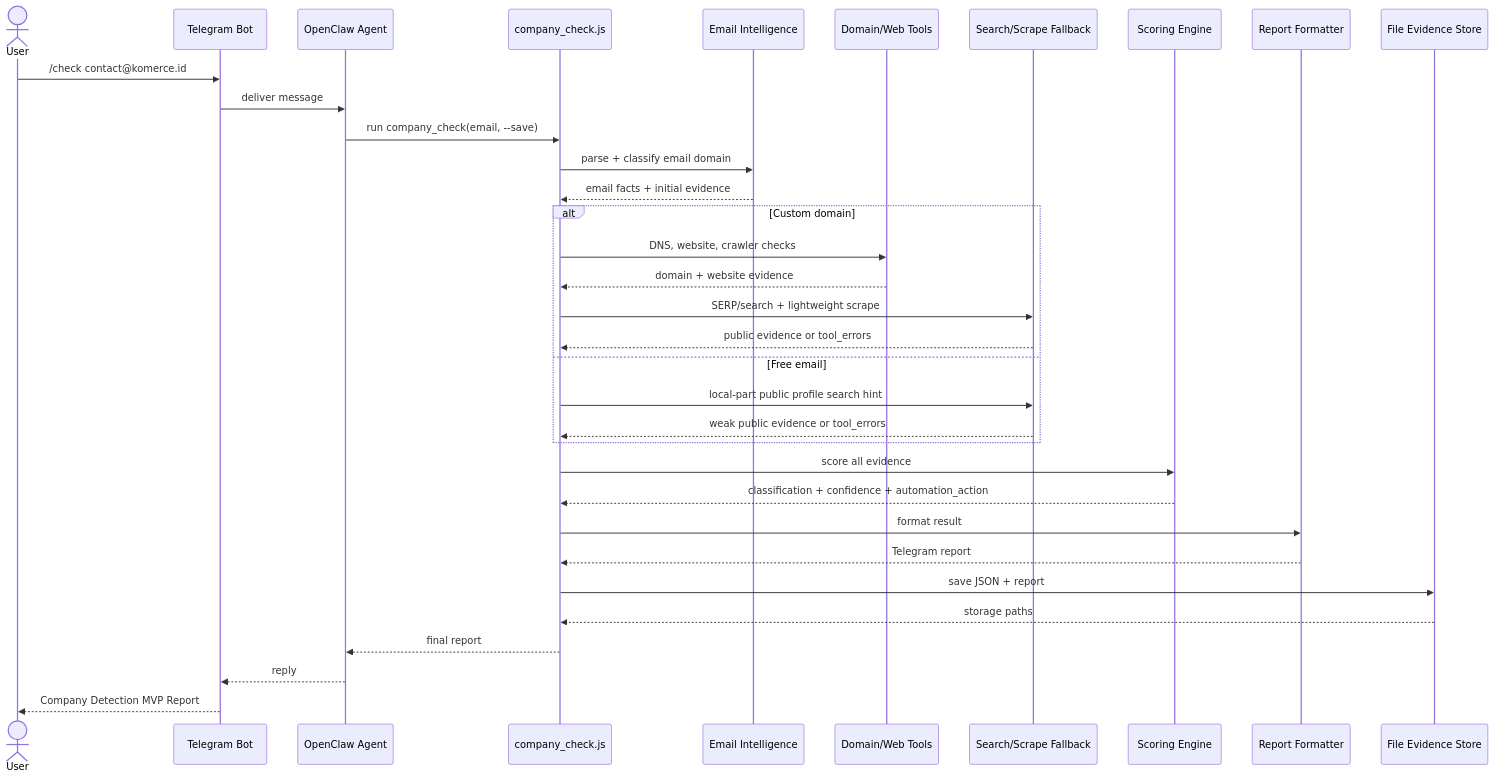
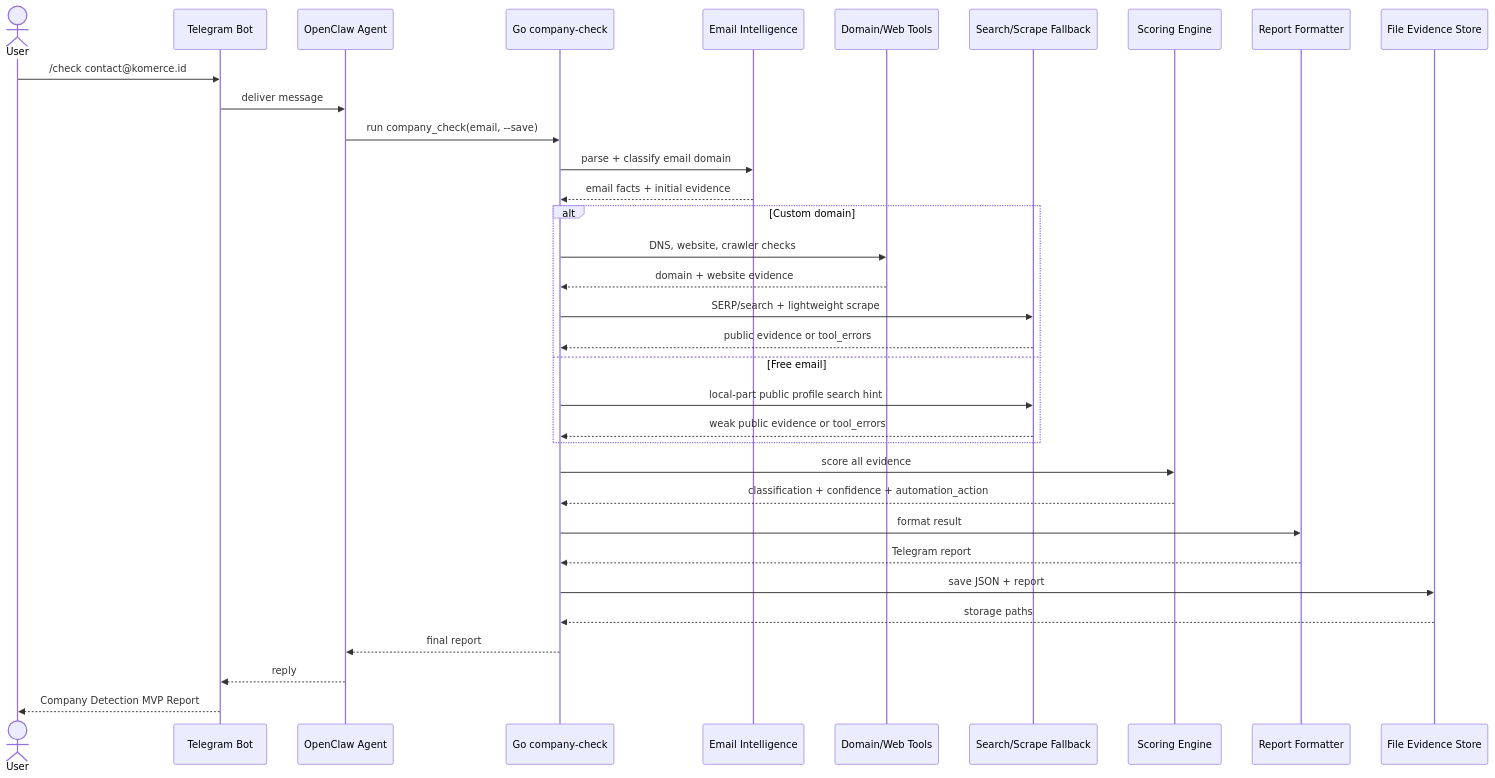
Before and after one commit to nunutech40/company-detector-bot: the second of 4 diagrams in docs/product/HIGH_LEVEL_BUSINESS_FLOW.md, drawn with Mermaid. The commit also changed other lines of this file and 11 other files, not shown here.

Commit message:
Cut over OpenClaw company check to Go

````diff
--- a/docs/product/HIGH_LEVEL_BUSINESS_FLOW.md
+++ b/docs/product/HIGH_LEVEL_BUSINESS_FLOW.md
@@ -87,39 +87,39 @@
 ```mermaid
 sequenceDiagram
     actor User
     participant TG as Telegram Bot
     participant OC as OpenClaw Agent
-    participant OR as company_check.js
+    participant OR as Go company-check
     participant EI as Email Intelligence
     participant DW as Domain/Web Tools
     participant SF as Search/Scrape Fallback
     participant SC as Scoring Engine
     participant RP as Report Formatter
     participant FS as File Evidence Store
 
     User->>TG: /check contact@komerce.id
     TG->>OC: deliver message
     OC->>OR: run company_check(email, --save)
     OR->>EI: parse + classify email domain
     EI-->>OR: email facts + initial evidence
 
     alt Custom domain
         OR->>DW: DNS, website, crawler checks
         DW-->>OR: domain + website evidence
         OR->>SF: SERP/search + lightweight scrape
         SF-->>OR: public evidence or tool_errors
     else Free email
         OR->>SF: local-part public profile search hint
         SF-->>OR: weak public evidence or tool_errors
     end
 
     OR->>SC: score all evidence
     SC-->>OR: classification + confidence + automation_action
     OR->>RP: format result
     RP-->>OR: Telegram report
     OR->>FS: save JSON + report
     FS-->>OR: storage paths
     OR-->>OC: final report
     OC-->>TG: reply
     TG-->>User: Company Detection MVP Report
 ```
````
